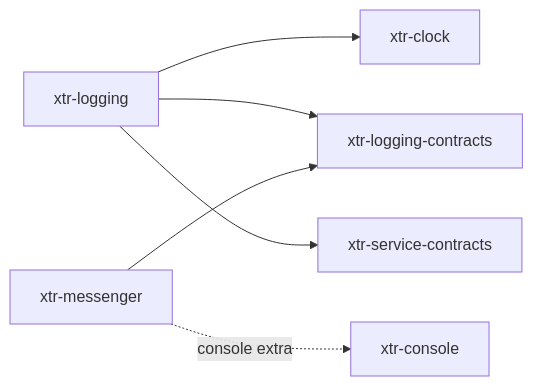
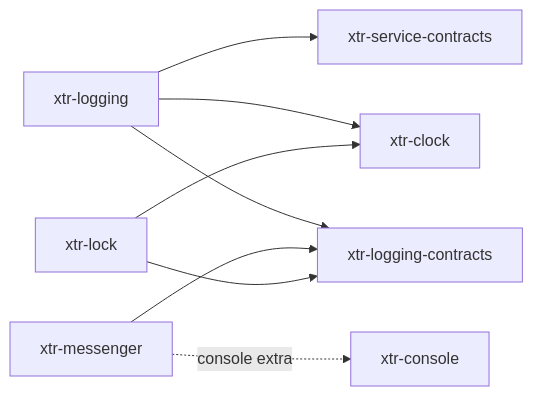
Before and after one commit to xterr/python-xtr: the diagram in README.md, drawn with Mermaid. The commit also changed other lines of this file and 109 other files, not shown here.

Commit message:
feature: implement xtr-lock with in-memory, file, redis, null and combined stores and a bundle

````diff
--- a/README.md
+++ b/README.md
@@ -37,8 +37,10 @@
 ```mermaid
 graph LR
     logging[xtr-logging] --> clock[xtr-clock]
     logging --> logcon[xtr-logging-contracts]
     logging --> svccon[xtr-service-contracts]
     messenger[xtr-messenger] --> logcon
+    lock[xtr-lock] --> clock
+    lock --> logcon
     messenger -. console extra .-> console[xtr-console]
 ```
````
